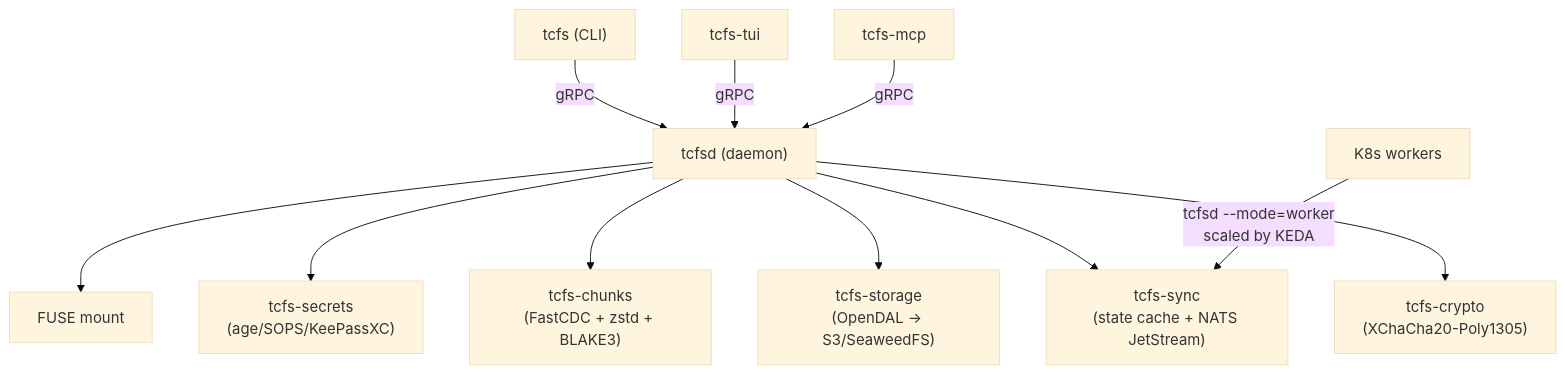
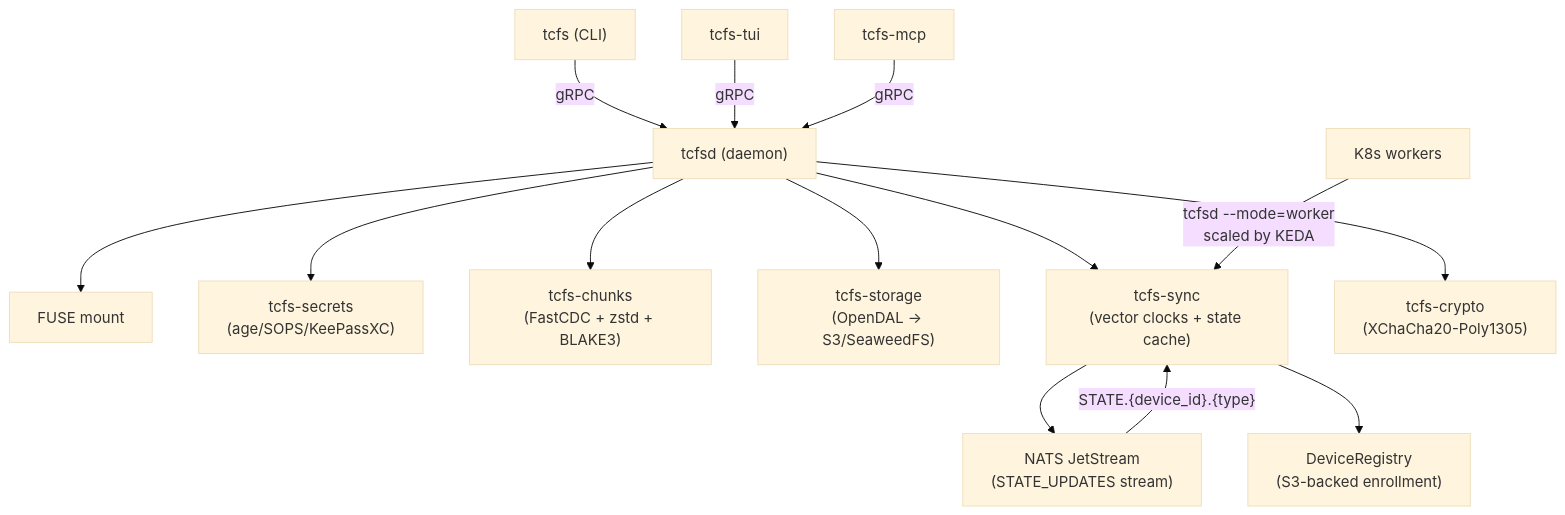
One commit to Jesssullivan/tummycrypt changed the diagram in docs/index.md. Above: the diagram before and after it, drawn with Mermaid (base theme). The commit also changed other lines of this file and 13 other files, not shown here.

````diff
--- a/docs/index.md
+++ b/docs/index.md
@@ -60,13 +61,16 @@
 ```mermaid
 flowchart TD
     cli["tcfs (CLI)"] -->|gRPC| daemon["tcfsd (daemon)"]
     tui["tcfs-tui"] -->|gRPC| daemon
     mcp["tcfs-mcp"] -->|gRPC| daemon
     daemon --> fuse["FUSE mount"]
     daemon --> secrets["tcfs-secrets\n(age/SOPS/KeePassXC)"]
     daemon --> chunks["tcfs-chunks\n(FastCDC + zstd + BLAKE3)"]
     daemon --> storage["tcfs-storage\n(OpenDAL → S3/SeaweedFS)"]
-    daemon --> sync["tcfs-sync\n(state cache + NATS JetStream)"]
+    daemon --> sync["tcfs-sync\n(vector clocks + state cache)"]
     daemon --> crypto["tcfs-crypto\n(XChaCha20-Poly1305)"]
+    sync --> nats["NATS JetStream\n(STATE_UPDATES stream)"]
+    sync --> registry["DeviceRegistry\n(S3-backed enrollment)"]
     workers["K8s workers"] -->|"tcfsd --mode=worker\nscaled by KEDA"| sync
+    nats -->|"STATE.{device_id}.{type}"| sync
 ```
````
